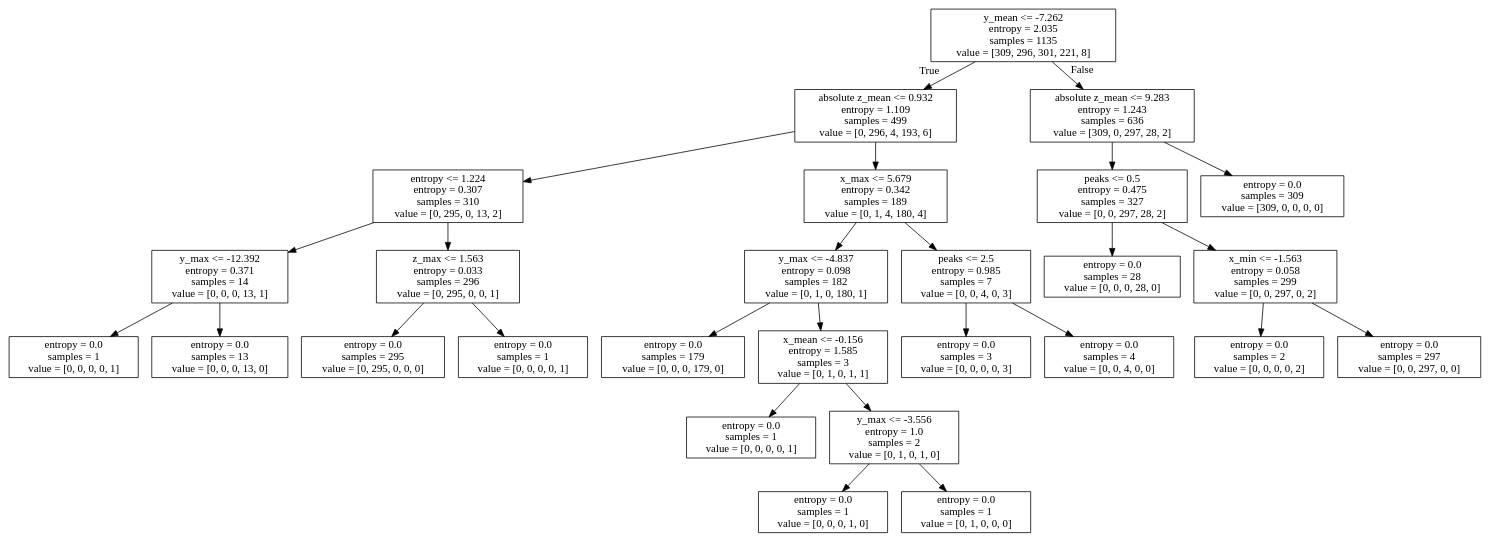
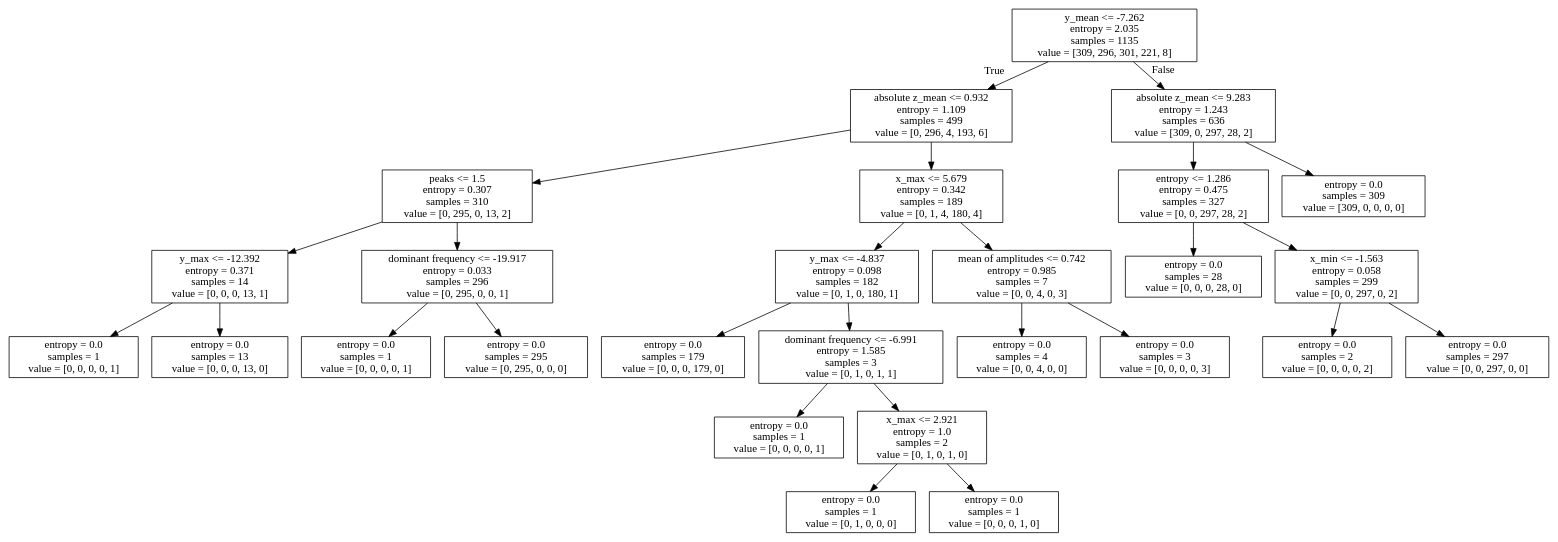
The diagram in dots/tree_6.dot (mwu-dev/CS328-Fall-Detection), drawn with Graphviz before and after one commit. The commit also changed 15 other files, not shown here.

```diff
--- a/dots/tree_6.dot
+++ b/dots/tree_6.dot
@@ -1,56 +1,56 @@
 digraph Tree {
 node [shape=box] ;
 0 [label="y_mean <= -7.262\nentropy = 2.035\nsamples = 1135\nvalue = [309, 296, 301, 221, 8]"] ;
 1 [label="absolute z_mean <= 0.932\nentropy = 1.109\nsamples = 499\nvalue = [0, 296, 4, 193, 6]"] ;
 0 -> 1 [labeldistance=2.5, labelangle=45, headlabel="True"] ;
-2 [label="entropy <= 1.224\nentropy = 0.307\nsamples = 310\nvalue = [0, 295, 0, 13, 2]"] ;
+2 [label="peaks <= 1.5\nentropy = 0.307\nsamples = 310\nvalue = [0, 295, 0, 13, 2]"] ;
 1 -> 2 ;
 3 [label="y_max <= -12.392\nentropy = 0.371\nsamples = 14\nvalue = [0, 0, 0, 13, 1]"] ;
 2 -> 3 ;
 4 [label="entropy = 0.0\nsamples = 1\nvalue = [0, 0, 0, 0, 1]"] ;
 3 -> 4 ;
 5 [label="entropy = 0.0\nsamples = 13\nvalue = [0, 0, 0, 13, 0]"] ;
 3 -> 5 ;
-6 [label="z_max <= 1.563\nentropy = 0.033\nsamples = 296\nvalue = [0, 295, 0, 0, 1]"] ;
+6 [label="dominant frequency <= -19.917\nentropy = 0.033\nsamples = 296\nvalue = [0, 295, 0, 0, 1]"] ;
 2 -> 6 ;
-7 [label="entropy = 0.0\nsamples = 295\nvalue = [0, 295, 0, 0, 0]"] ;
+7 [label="entropy = 0.0\nsamples = 1\nvalue = [0, 0, 0, 0, 1]"] ;
 6 -> 7 ;
-8 [label="entropy = 0.0\nsamples = 1\nvalue = [0, 0, 0, 0, 1]"] ;
+8 [label="entropy = 0.0\nsamples = 295\nvalue = [0, 295, 0, 0, 0]"] ;
 6 -> 8 ;
 9 [label="x_max <= 5.679\nentropy = 0.342\nsamples = 189\nvalue = [0, 1, 4, 180, 4]"] ;
 1 -> 9 ;
 10 [label="y_max <= -4.837\nentropy = 0.098\nsamples = 182\nvalue = [0, 1, 0, 180, 1]"] ;
 9 -> 10 ;
 11 [label="entropy = 0.0\nsamples = 179\nvalue = [0, 0, 0, 179, 0]"] ;
 10 -> 11 ;
-12 [label="x_mean <= -0.156\nentropy = 1.585\nsamples = 3\nvalue = [0, 1, 0, 1, 1]"] ;
+12 [label="dominant frequency <= -6.991\nentropy = 1.585\nsamples = 3\nvalue = [0, 1, 0, 1, 1]"] ;
 10 -> 12 ;
 13 [label="entropy = 0.0\nsamples = 1\nvalue = [0, 0, 0, 0, 1]"] ;
 12 -> 13 ;
-14 [label="y_max <= -3.556\nentropy = 1.0\nsamples = 2\nvalue = [0, 1, 0, 1, 0]"] ;
+14 [label="x_max <= 2.921\nentropy = 1.0\nsamples = 2\nvalue = [0, 1, 0, 1, 0]"] ;
 12 -> 14 ;
-15 [label="entropy = 0.0\nsamples = 1\nvalue = [0, 0, 0, 1, 0]"] ;
+15 [label="entropy = 0.0\nsamples = 1\nvalue = [0, 1, 0, 0, 0]"] ;
 14 -> 15 ;
-16 [label="entropy = 0.0\nsamples = 1\nvalue = [0, 1, 0, 0, 0]"] ;
+16 [label="entropy = 0.0\nsamples = 1\nvalue = [0, 0, 0, 1, 0]"] ;
 14 -> 16 ;
-17 [label="peaks <= 2.5\nentropy = 0.985\nsamples = 7\nvalue = [0, 0, 4, 0, 3]"] ;
+17 [label="mean of amplitudes <= 0.742\nentropy = 0.985\nsamples = 7\nvalue = [0, 0, 4, 0, 3]"] ;
 9 -> 17 ;
-18 [label="entropy = 0.0\nsamples = 3\nvalue = [0, 0, 0, 0, 3]"] ;
+18 [label="entropy = 0.0\nsamples = 4\nvalue = [0, 0, 4, 0, 0]"] ;
 17 -> 18 ;
-19 [label="entropy = 0.0\nsamples = 4\nvalue = [0, 0, 4, 0, 0]"] ;
+19 [label="entropy = 0.0\nsamples = 3\nvalue = [0, 0, 0, 0, 3]"] ;
 17 -> 19 ;
 20 [label="absolute z_mean <= 9.283\nentropy = 1.243\nsamples = 636\nvalue = [309, 0, 297, 28, 2]"] ;
 0 -> 20 [labeldistance=2.5, labelangle=-45, headlabel="False"] ;
-21 [label="peaks <= 0.5\nentropy = 0.475\nsamples = 327\nvalue = [0, 0, 297, 28, 2]"] ;
+21 [label="entropy <= 1.286\nentropy = 0.475\nsamples = 327\nvalue = [0, 0, 297, 28, 2]"] ;
 20 -> 21 ;
 22 [label="entropy = 0.0\nsamples = 28\nvalue = [0, 0, 0, 28, 0]"] ;
 21 -> 22 ;
 23 [label="x_min <= -1.563\nentropy = 0.058\nsamples = 299\nvalue = [0, 0, 297, 0, 2]"] ;
 21 -> 23 ;
 24 [label="entropy = 0.0\nsamples = 2\nvalue = [0, 0, 0, 0, 2]"] ;
 23 -> 24 ;
 25 [label="entropy = 0.0\nsamples = 297\nvalue = [0, 0, 297, 0, 0]"] ;
 23 -> 25 ;
 26 [label="entropy = 0.0\nsamples = 309\nvalue = [309, 0, 0, 0, 0]"] ;
 20 -> 26 ;
 }
```
